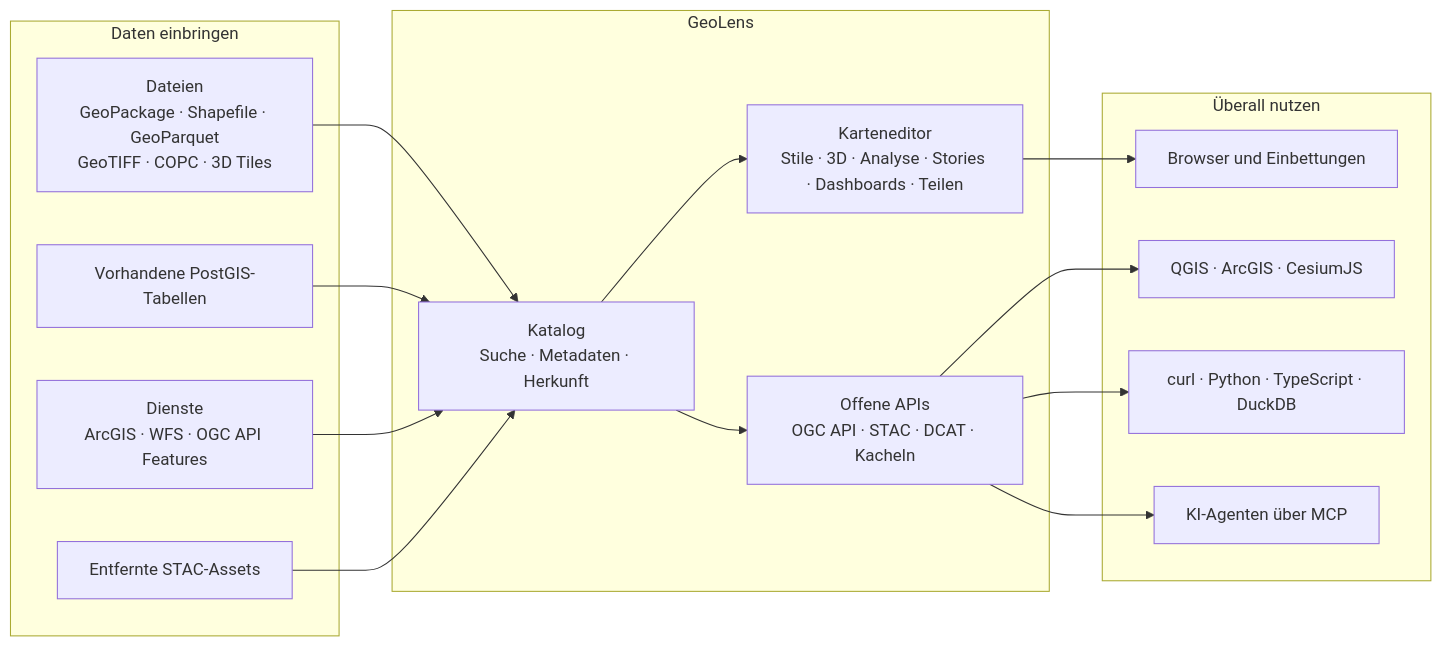
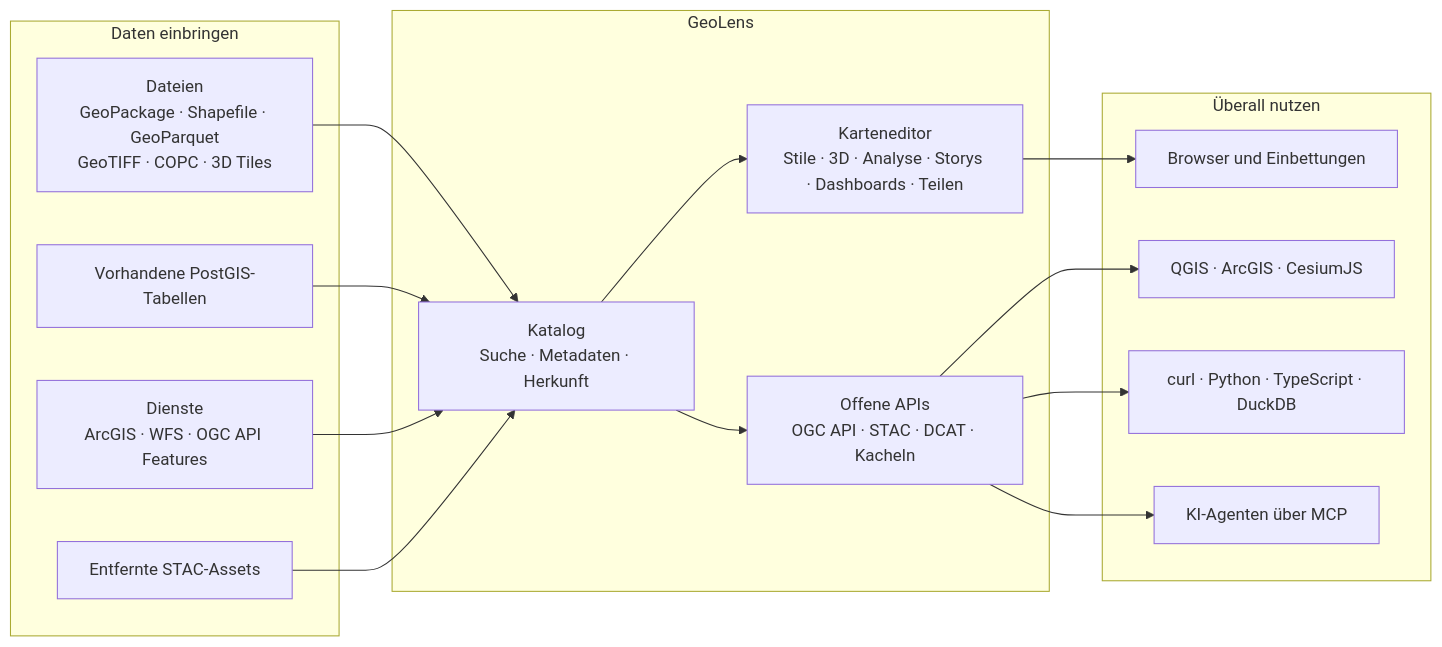
One commit to geolens-io/geolens changed the diagram in README.de.md. Above: the diagram before and after it, drawn with Mermaid. The commit also changed other lines of this file, not shown here.

Commit message:
docs(readme): spell Storys as the German UI does

````diff
--- a/README.de.md
+++ b/README.de.md
@@ -142,23 +142,23 @@
 ```mermaid
 flowchart LR
     subgraph IN ["Daten einbringen"]
       F["Dateien<br/>GeoPackage · Shapefile · GeoParquet<br/>GeoTIFF · COPC · 3D Tiles"]
       DB["Vorhandene PostGIS-Tabellen"]
       SVC["Dienste<br/>ArcGIS · WFS · OGC API Features"]
       ST["Entfernte STAC-Assets"]
     end
     subgraph GL ["GeoLens"]
       CAT["Katalog<br/>Suche · Metadaten · Herkunft"]
-      MB["Karteneditor<br/>Stile · 3D · Analyse · Stories · Dashboards · Teilen"]
+      MB["Karteneditor<br/>Stile · 3D · Analyse · Storys · Dashboards · Teilen"]
       STD["Offene APIs<br/>OGC API · STAC · DCAT · Kacheln"]
     end
     subgraph OUT ["Überall nutzen"]
       WEB["Browser und Einbettungen"]
       GIS["QGIS · ArcGIS · CesiumJS"]
       CODE["curl · Python · TypeScript · DuckDB"]
       AG["KI-Agenten über MCP"]
     end
     F & DB & SVC & ST --> CAT
     CAT --> MB --> WEB
     CAT --> STD --> GIS & CODE & AG
 ```
````
